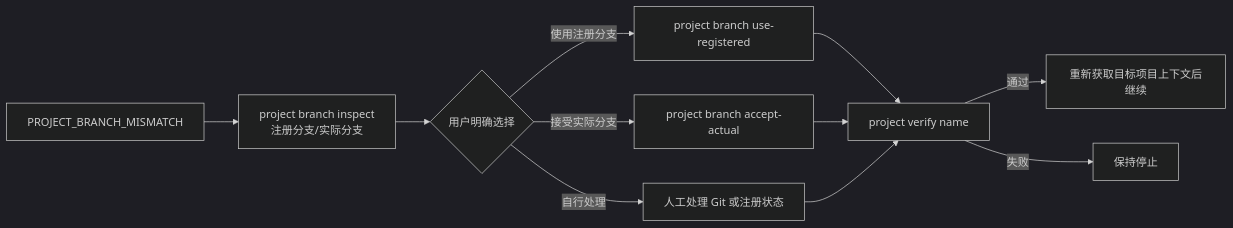
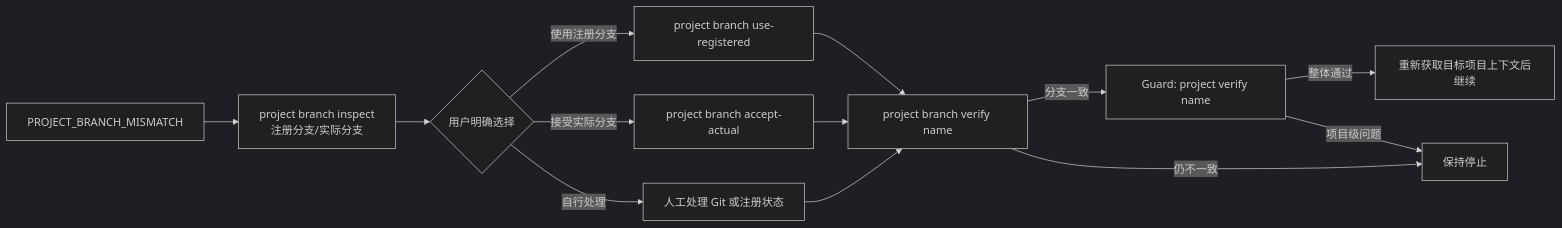
The third of 3 diagrams in docs/code-workspace-flow.zh-CN.md (icebearx-ai/code-workspace), drawn with Mermaid (dark theme) before and after one commit. The commit also changed other lines of this file and 22 other files, not shown here.

````diff
--- a/docs/code-workspace-flow.zh-CN.md
+++ b/docs/code-workspace-flow.zh-CN.md
@@ -62,13 +62,15 @@
 ```mermaid
 flowchart LR
     M[PROJECT_BRANCH_MISMATCH] --> I[project branch inspect<br/>注册分支/实际分支]
     I --> C{用户明确选择}
     C -->|使用注册分支| USE[project branch use-registered]
     C -->|接受实际分支| ACCEPT[project branch accept-actual]
     C -->|自行处理| MANUAL[人工处理 Git 或注册状态]
-    USE --> V[project verify name]
-    ACCEPT --> V
-    MANUAL --> V
-    V -->|通过| CONTINUE[重新获取目标项目上下文后继续]
-    V -->|失败| STOP[保持停止]
+    USE --> BV[project branch verify name]
+    ACCEPT --> BV
+    MANUAL --> BV
+    BV -->|分支一致| V[Guard: project verify name]
+    BV -->|仍不一致| STOP[保持停止]
+    V -->|整体通过| CONTINUE[重新获取目标项目上下文后继续]
+    V -->|项目级问题| STOP
 ```
````
